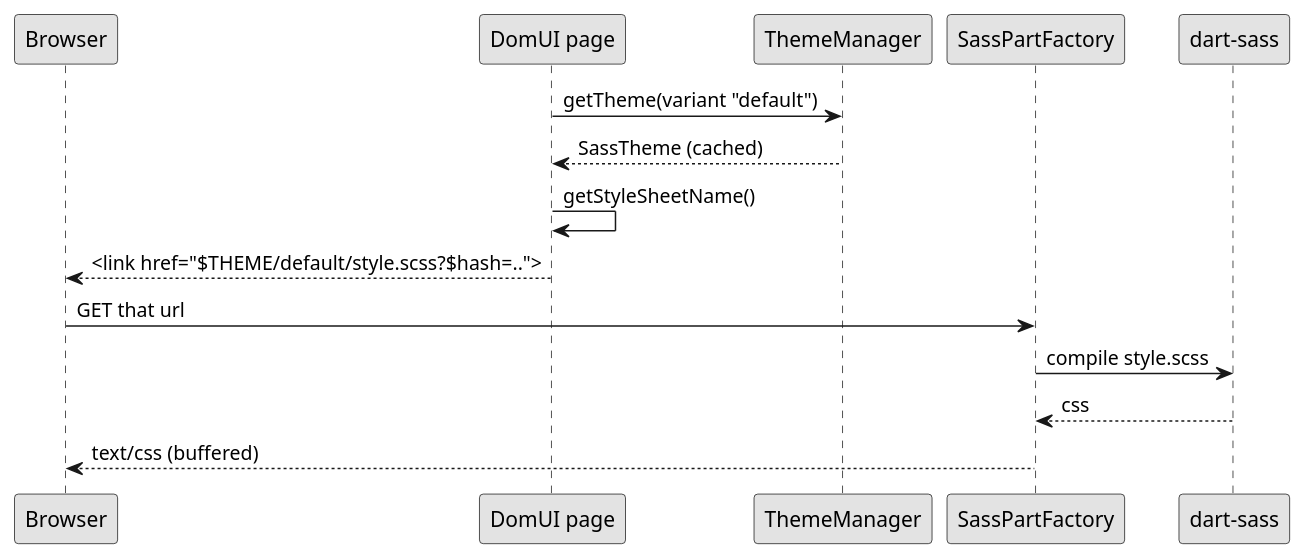
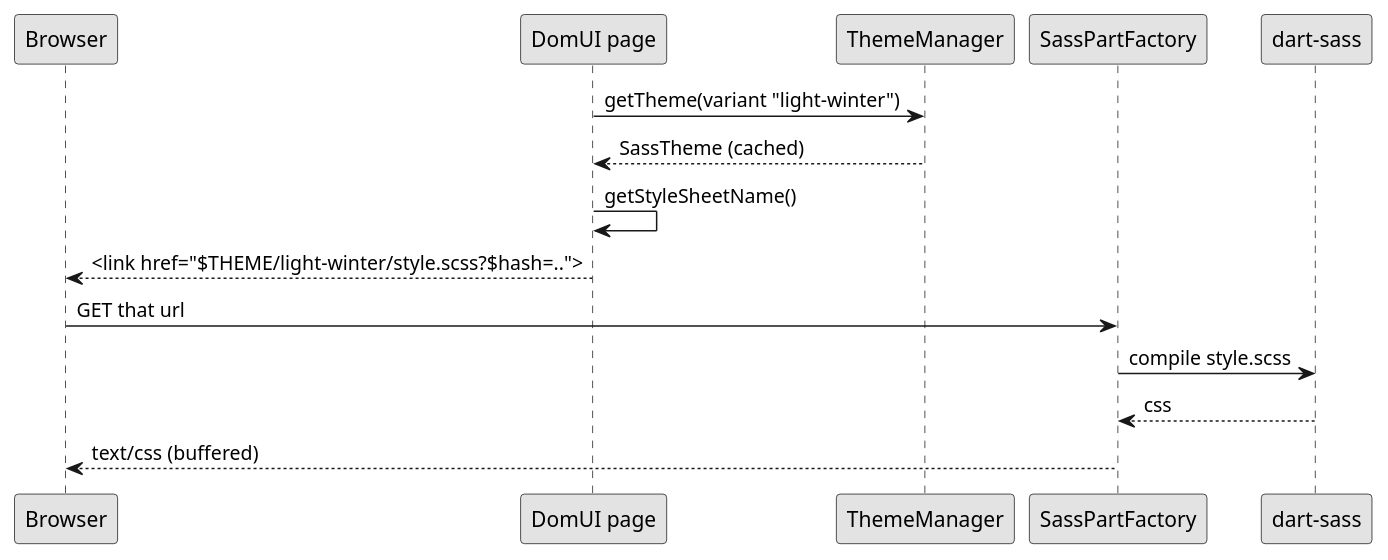
One commit to fjalvingh/domui.github.io changed the second of 2 diagrams in site/content/look-and-feel/themes/index.md. Above: the diagram before and after it, drawn with PlantUML. The commit also changed other lines of this file and 8 other files, not shown here.

````diff
--- a/site/content/look-and-feel/themes/index.md
+++ b/site/content/look-and-feel/themes/index.md
@@ -285,20 +332,20 @@
 ```plantuml
 @startuml
 skinparam monochrome true
 skinparam shadowing false
 participant Browser
 participant "DomUI page" as Page
 participant ThemeManager
 participant SassPartFactory
 participant "dart-sass" as Sass
 
-Page -> ThemeManager: getTheme(variant "default")
+Page -> ThemeManager: getTheme(variant "light-winter")
 ThemeManager --> Page: SassTheme (cached)
 Page -> Page: getStyleSheetName()
-Page --> Browser: <link href="$THEME/default/style.scss?$hash=..">
+Page --> Browser: <link href="$THEME/light-winter/style.scss?$hash=..">
 Browser -> SassPartFactory: GET that url
 SassPartFactory -> Sass: compile style.scss
 Sass --> SassPartFactory: css
 SassPartFactory --> Browser: text/css (buffered)
 @enduml
 ```
````
